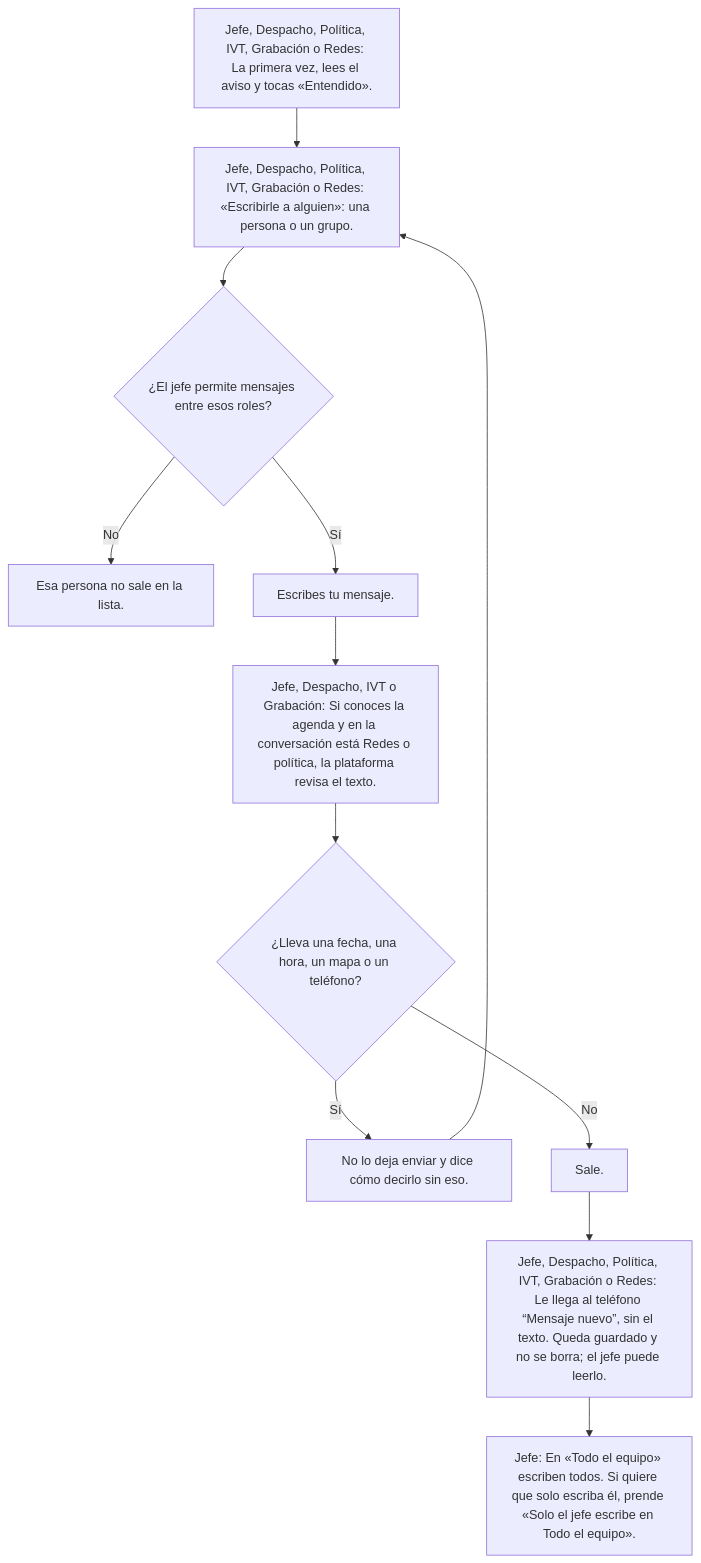
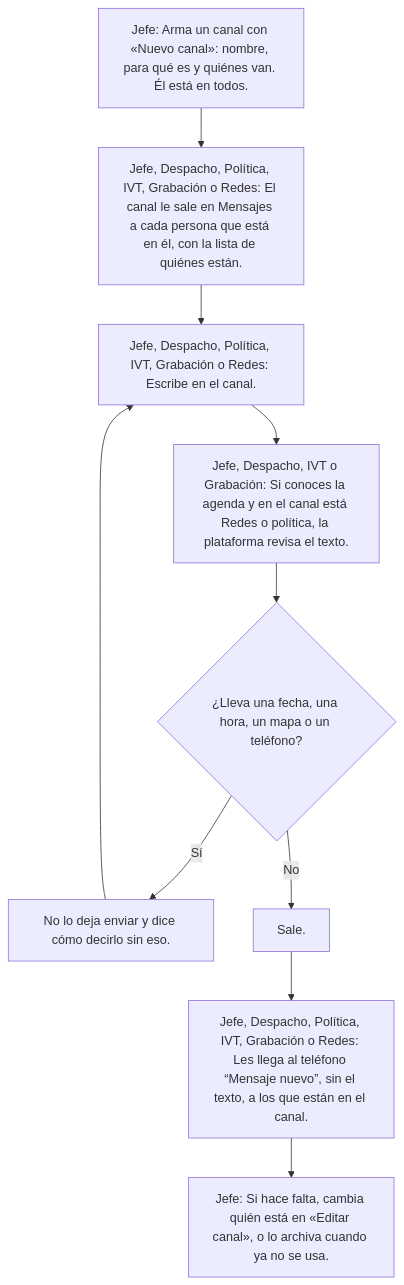
One commit to fbvenezuela/Gestionapp changed the seventh of 8 diagrams in app-freddy-bernal/docs/FLUJOS.md. Above: the diagram before and after it, drawn with Mermaid. The commit also changed other lines of this file and 87 other files, not shown here.

First line of the commit message:
Ronda 5: Mensajes son canales que arma el jefe, el jefe está en todos y no hay aviso en ninguna parte

````diff
--- a/app-freddy-bernal/docs/FLUJOS.md
+++ b/app-freddy-bernal/docs/FLUJOS.md
@@ -249,19 +249,18 @@
 ```mermaid
 flowchart TD
-  mensajes_acepta["Jefe, Despacho, Política, IVT, Grabación o Redes: La primera vez, lees el aviso y tocas «Entendido»."]
-  mensajes_acepta --> mensajes_escribe
-  mensajes_escribe["Jefe, Despacho, Política, IVT, Grabación o Redes: «Escribirle a alguien»: una persona o un grupo."]
-  mensajes_escribe --> mensajes_escribe_q{"¿El jefe permite mensajes entre esos roles?"}
-  mensajes_escribe_q -- No --> mensajes_escribe_b1["Esa persona no sale en la lista."]
-  mensajes_escribe_q -- Sí --> mensajes_escribe_b2["Escribes tu mensaje."]
-  mensajes_escribe_b2 --> mensajes_revisa
-  mensajes_revisa["Jefe, Despacho, IVT o Grabación: Si conoces la agenda y en la conversación está Redes o política, la plataforma revisa el texto."]
+  mensajes_arma["Jefe: Arma un canal con «Nuevo canal»: nombre, para qué es y quiénes van. Él está en todos."]
+  mensajes_arma --> mensajes_entra
+  mensajes_entra["Jefe, Despacho, Política, IVT, Grabación o Redes: El canal le sale en Mensajes a cada persona que está en él, con la lista de quiénes están."]
+  mensajes_entra --> mensajes_escribe
+  mensajes_escribe["Jefe, Despacho, Política, IVT, Grabación o Redes: Escribe en el canal."]
+  mensajes_escribe --> mensajes_revisa
+  mensajes_revisa["Jefe, Despacho, IVT o Grabación: Si conoces la agenda y en el canal está Redes o política, la plataforma revisa el texto."]
   mensajes_revisa --> mensajes_revisa_q{"¿Lleva una fecha, una hora, un mapa o un teléfono?"}
   mensajes_revisa_q -- Sí --> mensajes_revisa_b1["No lo deja enviar y dice cómo decirlo sin eso."]
   mensajes_revisa_b1 --> mensajes_escribe
   mensajes_revisa_q -- No --> mensajes_revisa_b2["Sale."]
   mensajes_revisa_b2 --> mensajes_llega
-  mensajes_llega["Jefe, Despacho, Política, IVT, Grabación o Redes: Le llega al teléfono “Mensaje nuevo”, sin el texto. Queda guardado y no se borra; el jefe puede leerlo."]
-  mensajes_llega --> mensajes_todos
-  mensajes_todos["Jefe: En «Todo el equipo» escriben todos. Si quiere que solo escriba él, prende «Solo el jefe escribe en Todo el equipo»."]
+  mensajes_llega["Jefe, Despacho, Política, IVT, Grabación o Redes: Les llega al teléfono “Mensaje nuevo”, sin el texto, a los que están en el canal."]
+  mensajes_llega --> mensajes_miembros
+  mensajes_miembros["Jefe: Si hace falta, cambia quién está en «Editar canal», o lo archiva cuando ya no se usa."]
 ```
````
